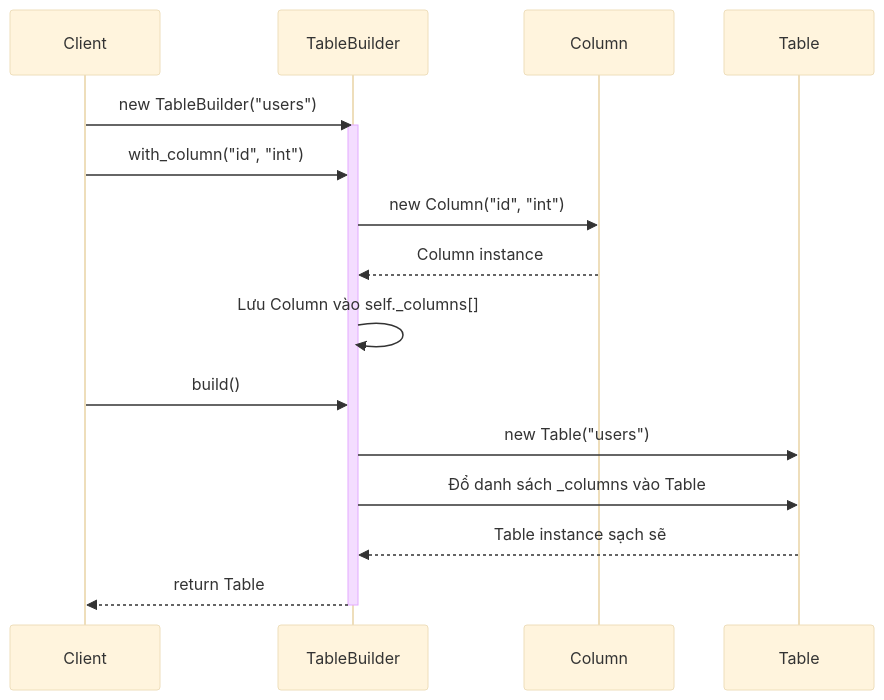
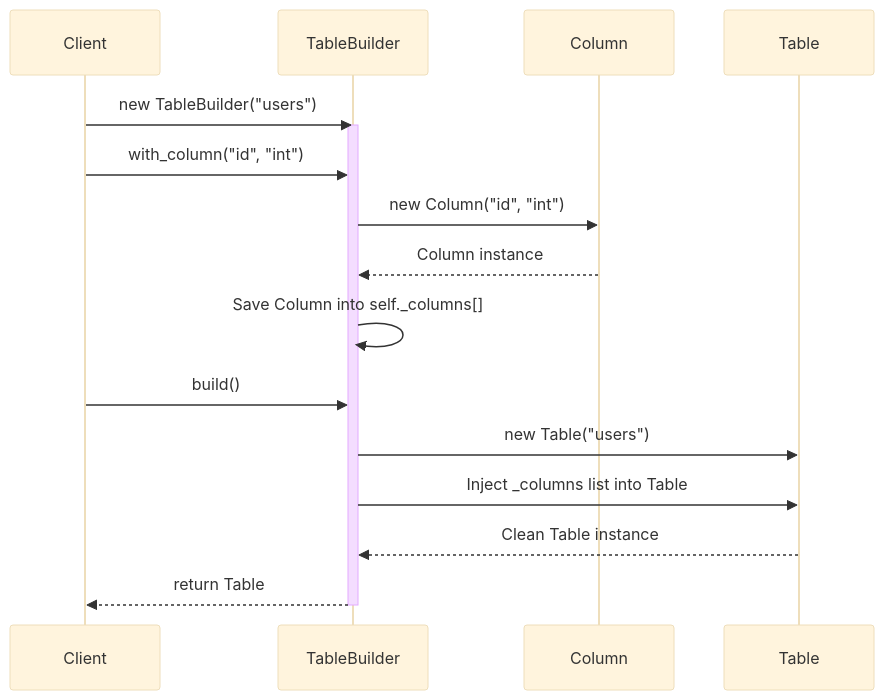
The fifth of 18 diagrams in docs/readme.md (Ricky13170/bbv_DBMS), drawn with Mermaid (base theme) before and after one commit. The commit also changed other lines of this file, not shown here.

````diff
--- a/docs/readme.md
+++ b/docs/readme.md
@@ -117,22 +117,22 @@
 ```mermaid
 sequenceDiagram
     participant Client
     participant TB as TableBuilder
     participant Col as Column
     participant Tbl as Table
     
     Client->>TB: new TableBuilder("users")
     activate TB
     
     Client->>TB: with_column("id", "int")
     TB->>Col: new Column("id", "int")
     Col-->>TB: Column instance
-    TB->>TB: Lưu Column vào self._columns[]
+    TB->>TB: Save Column into self._columns[]
     
     Client->>TB: build()
     TB->>Tbl: new Table("users")
-    TB->>Tbl: Đổ danh sách _columns vào Table
-    Tbl-->>TB: Table instance sạch sẽ
+    TB->>Tbl: Inject _columns list into Table
+    Tbl-->>TB: Clean Table instance
     TB-->>Client: return Table
     deactivate TB
 ```
````
